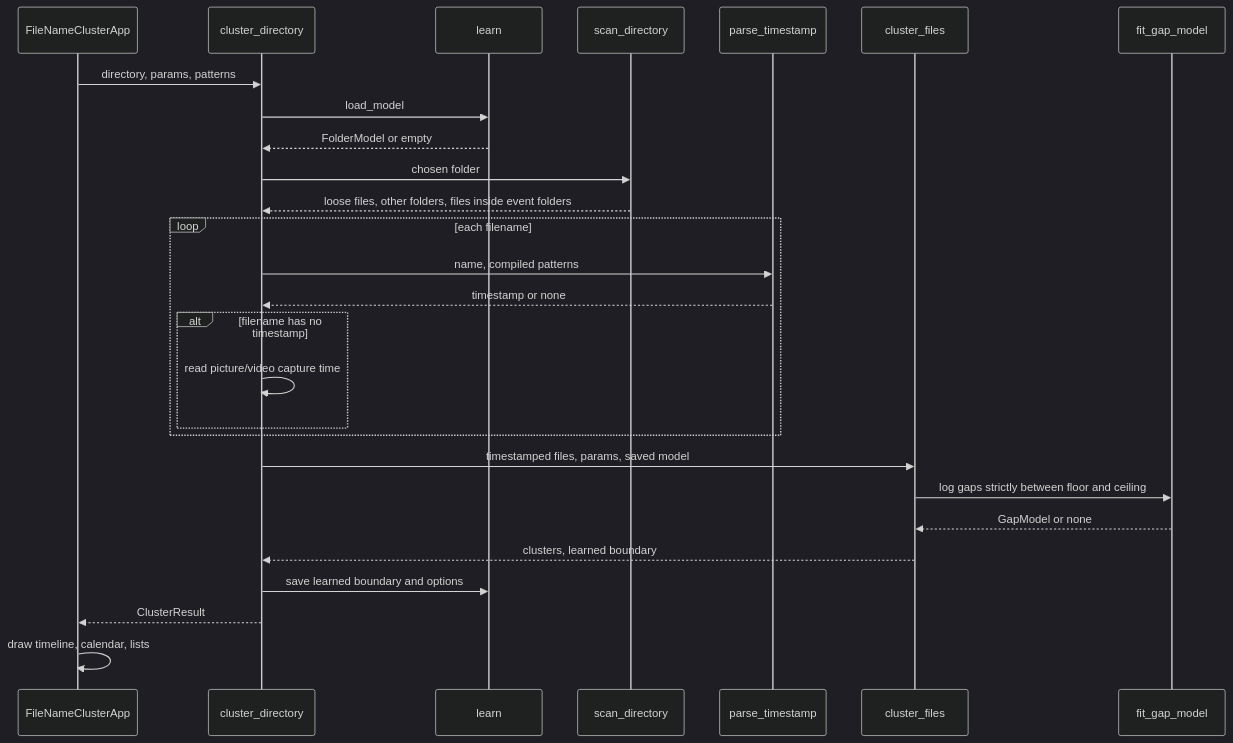
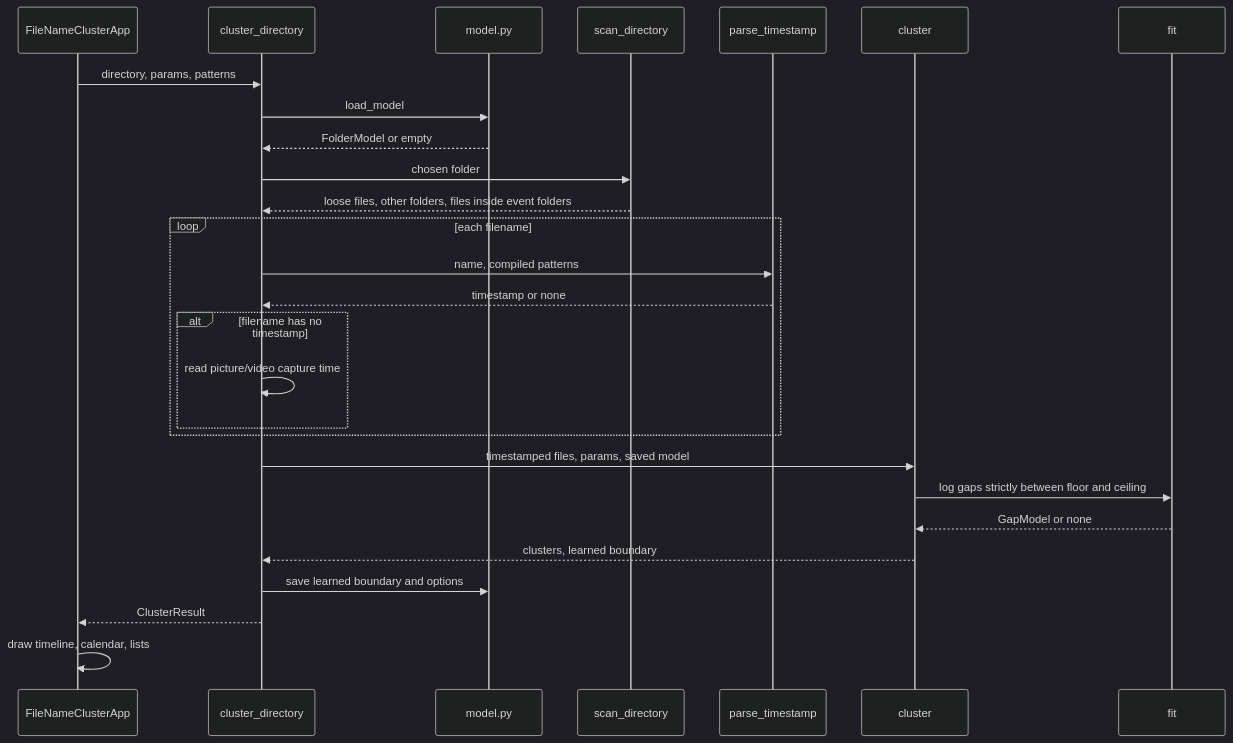
The fourth of 5 diagrams in docs/architecture.md (rvcgeeks/filenamecluster), drawn with Mermaid (dark theme) before and after one commit. The commit also changed other lines of this file and 157 other files, not shown here.

````diff
--- a/docs/architecture.md
+++ b/docs/architecture.md
@@ -223,30 +217,30 @@
 ```mermaid
 sequenceDiagram
     participant App as FileNameClusterApp
     participant Pipe as cluster_directory
-    participant Model as learn
+    participant Model as model.py
     participant Scan as scan_directory
     participant Parse as parse_timestamp
-    participant Fit as cluster_files
-    participant Learn as fit_gap_model
+    participant Fit as cluster
+    participant Learn as fit
 
     App->>Pipe: directory, params, patterns
     Pipe->>Model: load_model
     Model-->>Pipe: FolderModel or empty
     Pipe->>Scan: chosen folder
     Scan-->>Pipe: loose files, other folders, files inside event folders
     loop each filename
         Pipe->>Parse: name, compiled patterns
         Parse-->>Pipe: timestamp or none
         alt filename has no timestamp
             Pipe->>Pipe: read picture/video capture time
         end
     end
     Pipe->>Fit: timestamped files, params, saved model
     Fit->>Learn: log gaps strictly between floor and ceiling
     Learn-->>Fit: GapModel or none
     Fit-->>Pipe: clusters, learned boundary
     Pipe->>Model: save learned boundary and options
     Pipe-->>App: ClusterResult
     App->>App: draw timeline, calendar, lists
 ```
````
